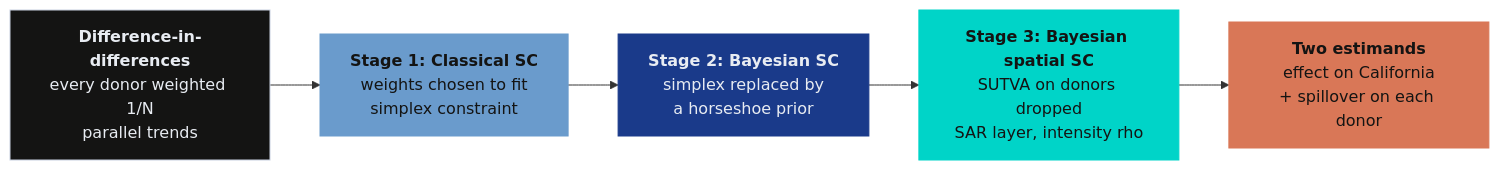
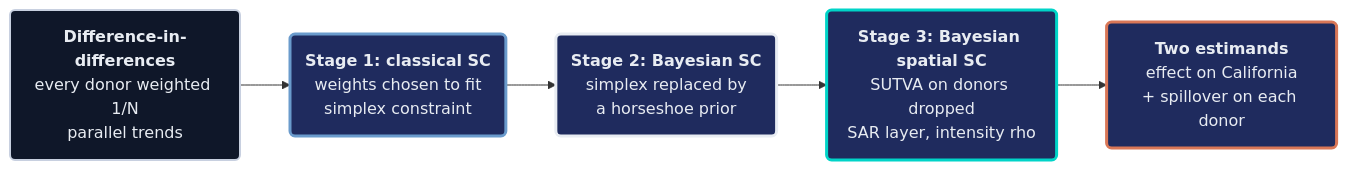
The first of 4 diagrams in content/post/python_sc_bayes_spatial/index.md (cmg777/starter-academic-v501), drawn with Mermaid before and after one commit. The commit also changed other lines of this file and 9 other files, not shown here.

First line of the commit message:
content(mermaid): restyle flowcharts in Python posts, batch 2 of 2

````diff
--- a/content/post/python_sc_bayes_spatial/index.md
+++ b/content/post/python_sc_bayes_spatial/index.md
@@ -131,12 +131,17 @@
 ```mermaid
 graph LR
-    A["<b>Difference-in-differences</b><br/>every donor weighted 1/N<br/>parallel trends"] --> B["<b>Stage 1: Classical SC</b><br/>weights chosen to fit<br/>simplex constraint"]
-    B --> C["<b>Stage 2: Bayesian SC</b><br/>simplex replaced by<br/>a horseshoe prior"]
-    C --> D["<b>Stage 3: Bayesian spatial SC</b><br/>SUTVA on donors dropped<br/>SAR layer, intensity rho"]
-    D --> E["<b>Two estimands</b><br/>effect on California<br/>+ spillover on each donor"]
-    style A fill:#141413,stroke:#c8d0e0,color:#e8ecf2
-    style B fill:#6a9bcc,stroke:#6a9bcc,color:#141413
-    style C fill:#1a3a8a,stroke:#1a3a8a,color:#e8ecf2
-    style D fill:#00d4c8,stroke:#00d4c8,color:#141413
-    style E fill:#d97757,stroke:#d97757,color:#141413
+    A("<b>Difference-in-differences</b><br/>every donor weighted 1/N<br/>parallel trends") --> B("<b>Stage 1: classical SC</b><br/>weights chosen to fit<br/>simplex constraint")
+    B --> C("<b>Stage 2: Bayesian SC</b><br/>simplex replaced by<br/>a horseshoe prior")
+    C --> D("<b>Stage 3: Bayesian spatial SC</b><br/>SUTVA on donors dropped<br/>SAR layer, intensity rho")
+    D --> E("<b>Two estimands</b><br/>effect on California<br/>+ spillover on each donor")
+    classDef anchor fill:#0f1729,stroke:#c8d0e0,stroke-width:2px,color:#e8ecf2
+    classDef blue fill:#1f2b5e,stroke:#6a9bcc,stroke-width:3px,color:#e8ecf2
+    classDef key fill:#1f2b5e,stroke:#e8ecf2,stroke-width:3px,color:#e8ecf2
+    classDef teal fill:#1f2b5e,stroke:#00d4c8,stroke-width:3px,color:#e8ecf2
+    classDef orange fill:#1f2b5e,stroke:#d97757,stroke-width:3px,color:#e8ecf2
+    class A anchor
+    class B blue
+    class C key
+    class D teal
+    class E orange
 ```
````
